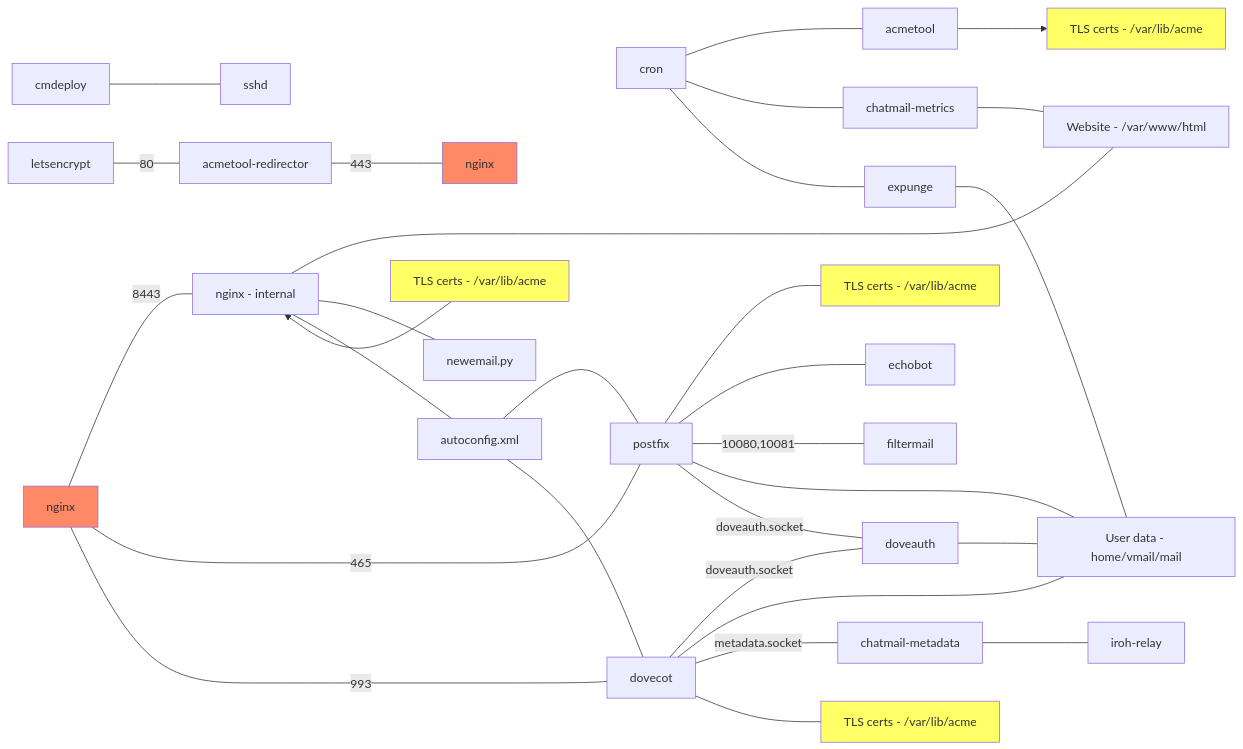
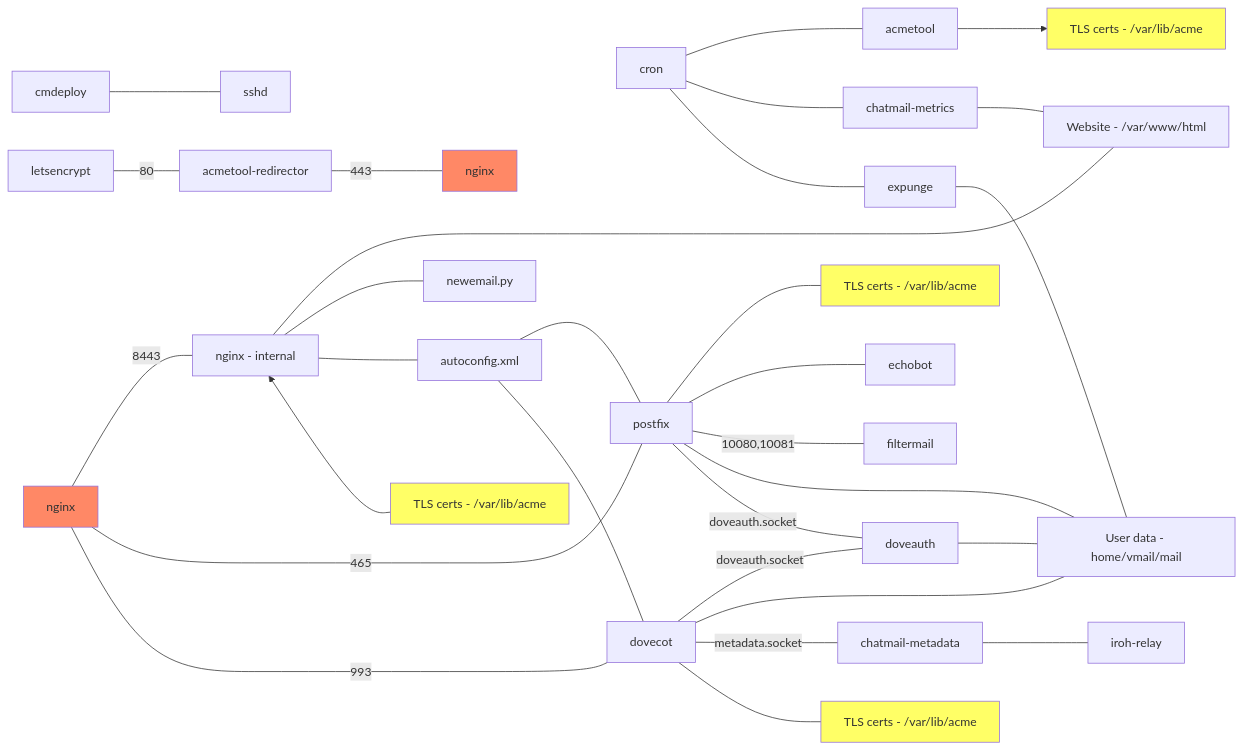
The diagram in ARCHITECTURE.md (cliffmccarthy/chatmail-relay), drawn with Mermaid before and after one commit. The commit also changed other lines of this file, not shown here.

````diff
--- a/ARCHITECTURE.md
+++ b/ARCHITECTURE.md
@@ -4,38 +4,38 @@
 ```mermaid
 graph LR;
     cmdeploy --- sshd;
     letsencrypt --- |80|acmetool-redirector;
     acmetool-redirector --- |443|nginx-right[nginx];
     nginx --- |8443|nginx-internal[nginx - internal];
-    nginx-internal ~~~ certs-nginx[TLS certs - /var/lib/acme] --> nginx-internal;
     nginx-internal --- website[Website - /var/www/html];
     nginx-internal --- newemail.py;
     nginx-internal --- autoconfig.xml;
+    nginx-internal ~~~ certs-nginx[TLS certs - /var/lib/acme] --> nginx-internal;
     cron --- acmetool;
     cron --- chatmail-metrics;
     cron --- expunge;
     chatmail-metrics --- website;
     acmetool --> certs[TLS certs - /var/lib/acme];
     nginx --- |465|postfix;
     nginx --- |993|dovecot;
     autoconfig.xml --- postfix;
     autoconfig.xml --- dovecot;
     postfix --- certs-postfix[TLS certs - /var/lib/acme];
     postfix --- echobot;
     postfix --- |10080,10081|filtermail;
     postfix --- users[User data - home/vmail/mail];
     postfix --- |doveauth.socket|doveauth;
     dovecot --- |doveauth.socket|doveauth;
     dovecot --- users;
     dovecot --- |metadata.socket|chatmail-metadata;
     dovecot --- certs-dovecot[TLS certs - /var/lib/acme];
     doveauth --- users;
     expunge --- users;
     chatmail-metadata --- iroh-relay;
     style certs fill:#ff6;
     style certs-nginx fill:#ff6;
     style certs-postfix fill:#ff6;
     style certs-dovecot fill:#ff6;
     style nginx fill:#f86;
     style nginx-right fill:#f86;
 ```
````
